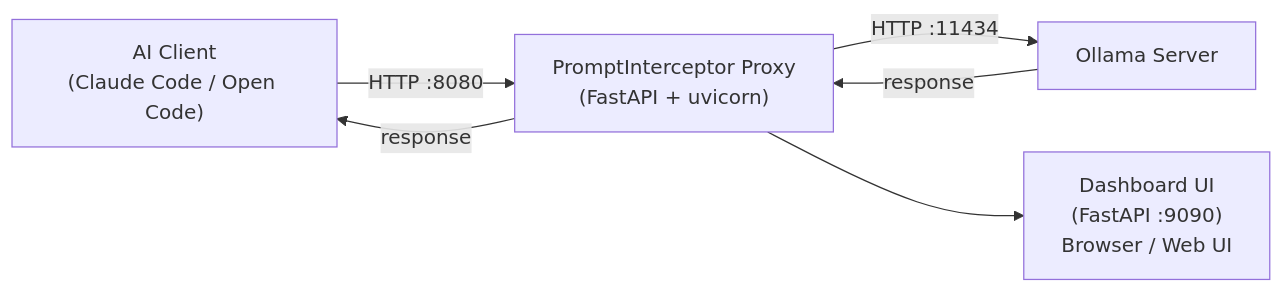
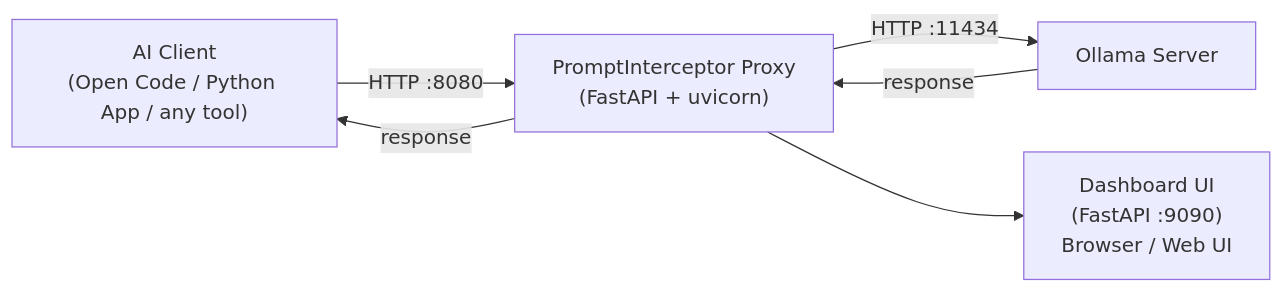
Before and after one commit to juandgm13/PromptInterceptor: the first of 2 diagrams in docs/architecture.md, drawn with Mermaid. The commit also changed other lines of this file and 4 other files, not shown here.

````diff
--- a/docs/architecture.md
+++ b/docs/architecture.md
@@ -7,8 +7,8 @@
 ```mermaid
 graph LR
-    A["AI Client<br/>(Claude Code / Open Code)"] -- "HTTP :8080" --> B["PromptInterceptor Proxy<br/>(FastAPI + uvicorn)"]
+    A["AI Client<br/>(Open Code / Python App / any tool)"] -- "HTTP :8080" --> B["PromptInterceptor Proxy<br/>(FastAPI + uvicorn)"]
     B -- "HTTP :11434" --> C["Ollama Server"]
     C -- response --> B
     B -- response --> A
     B --> D["Dashboard UI<br/>(FastAPI :9090)<br/>Browser / Web UI"]
 ```
````
